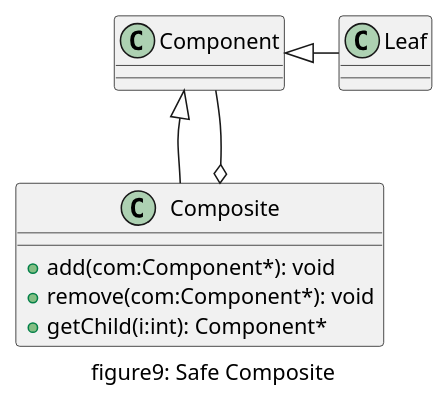
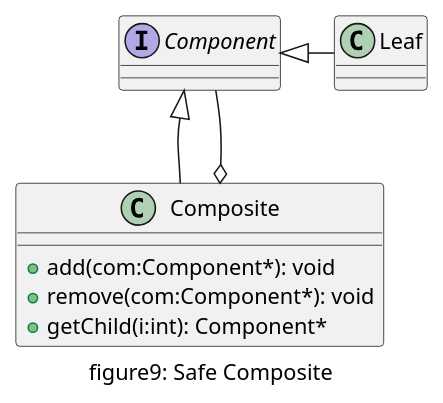
The first of 2 diagrams in doc/uml/09_composite.pu (daileyet/designpattern4cplusplus), drawn with PlantUML before and after one commit. The commit also changed other lines of this file and 33 other files, not shown here.

Commit message:
add iterator and change uml before

```diff
--- a/doc/uml/09_composite.pu
+++ b/doc/uml/09_composite.pu
@@ -1,15 +1,15 @@
 @startuml "figure9_composite_safe"
 caption figure9: Safe Composite
 
-class Component{}
+interface Component{}
 class Leaf{}
 class Composite{
     + add(com:Component*): void
     + remove(com:Component*): void
     + getChild(i:int): Component*
 }
 
 Component <|-right- Leaf
 Component <|-- Composite
 Composite o-- Component
 @enduml
```
